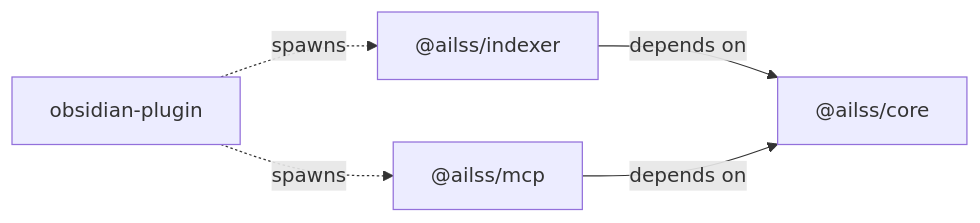
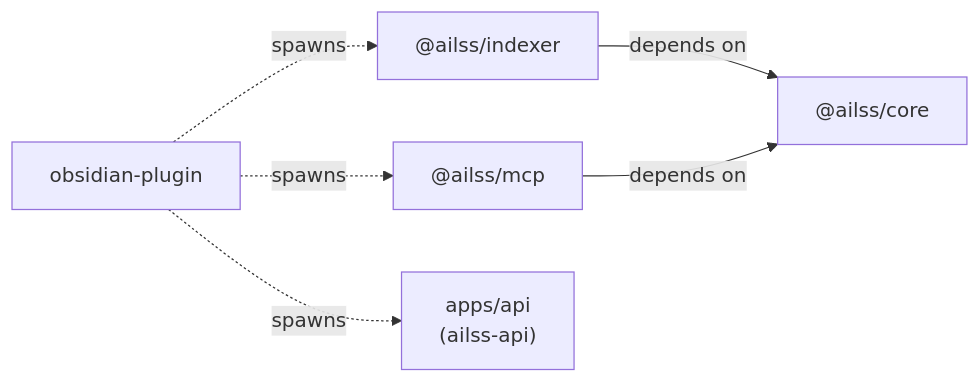
Before and after one commit to maehwasoo/AILSS: the first of 3 diagrams in README.md, drawn with Mermaid. The commit also changed other lines of this file and 3 other files, not shown here.

````diff
--- a/README.md
+++ b/README.md
@@ -43,13 +41,15 @@
 ```mermaid
 flowchart LR
   core["@ailss/core"]
   indexer["@ailss/indexer"]
   mcp["@ailss/mcp"]
+  api["apps/api<br/>(ailss-api)"]
   plugin["obsidian-plugin"]
 
   indexer -->|depends on| core
   mcp -->|depends on| core
 
   plugin -.->|spawns| indexer
   plugin -.->|spawns| mcp
+  plugin -.->|spawns| api
 ```
````
